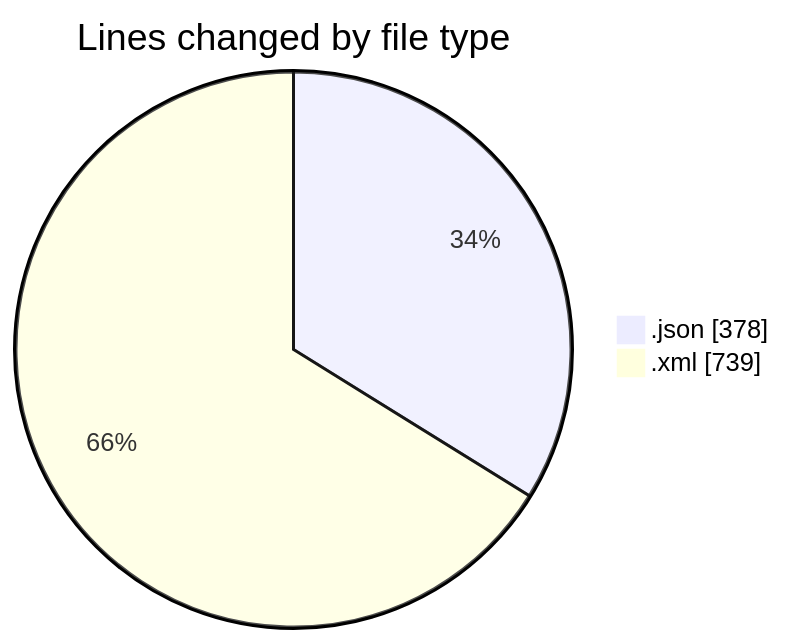
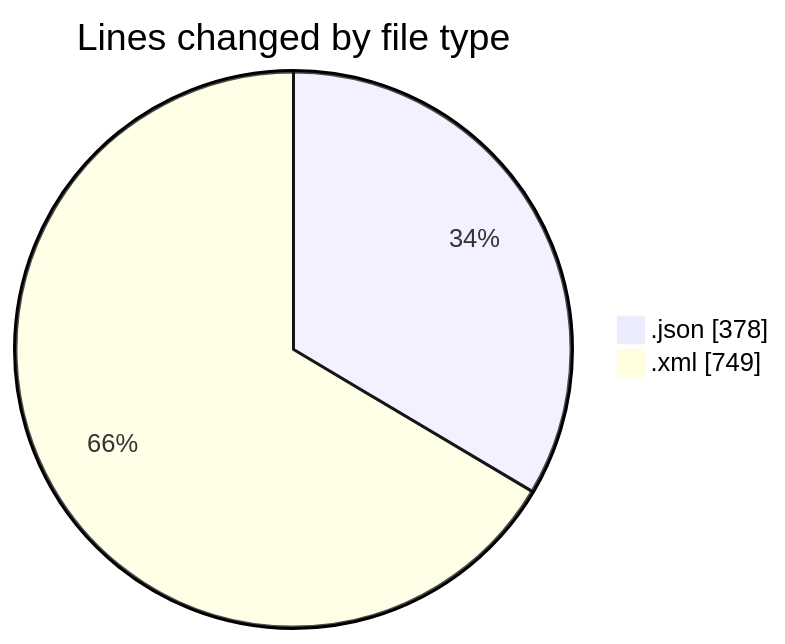
One commit to charlie-sans/code-tracking changed the first of 2 diagrams in 2025-02-23/masm/README.md. Above: the diagram before and after it, drawn with Mermaid. The commit also changed other lines of this file and 1 other file, not shown here.

````diff
--- a/2025-02-23/masm/README.md
+++ b/2025-02-23/masm/README.md
@@ -21,6 +21,6 @@
 ```mermaid
 pie showData
 title Lines changed by file type
 ".json" : 378
-".xml" : 739
+".xml" : 749
 ```
````
